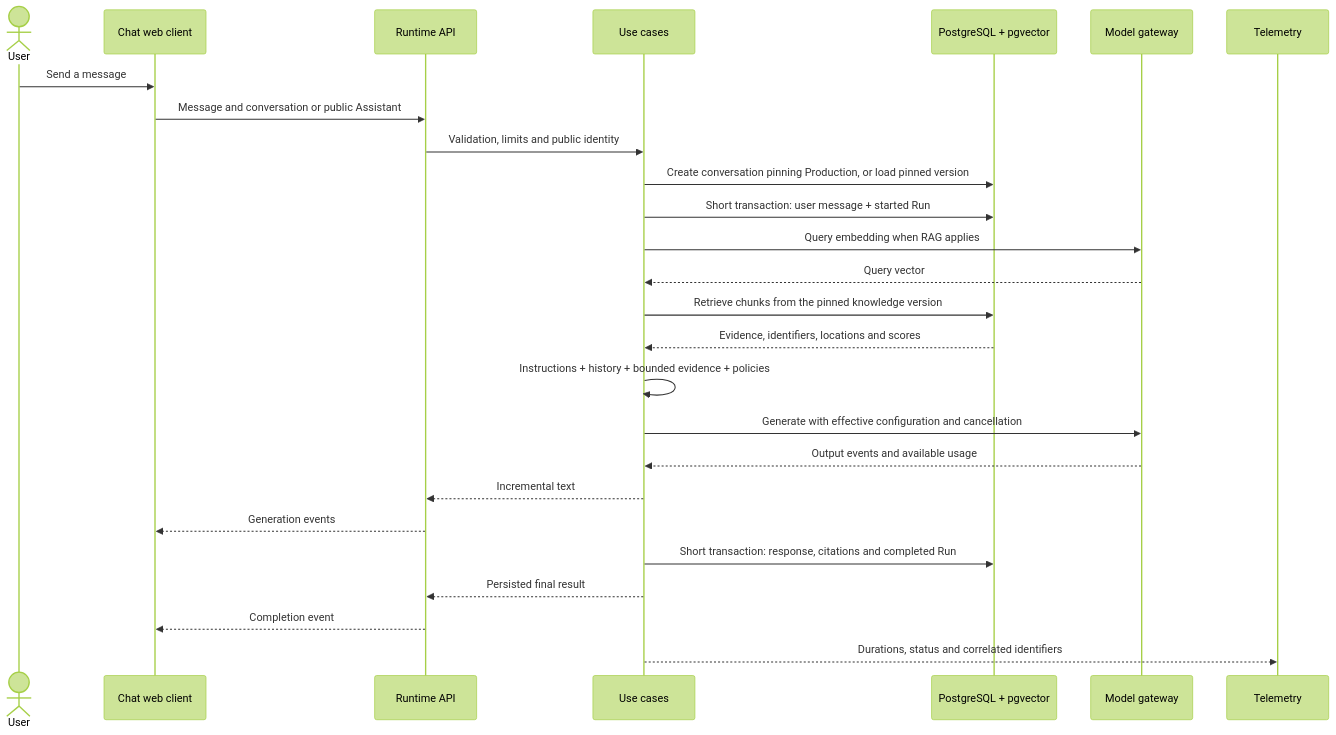
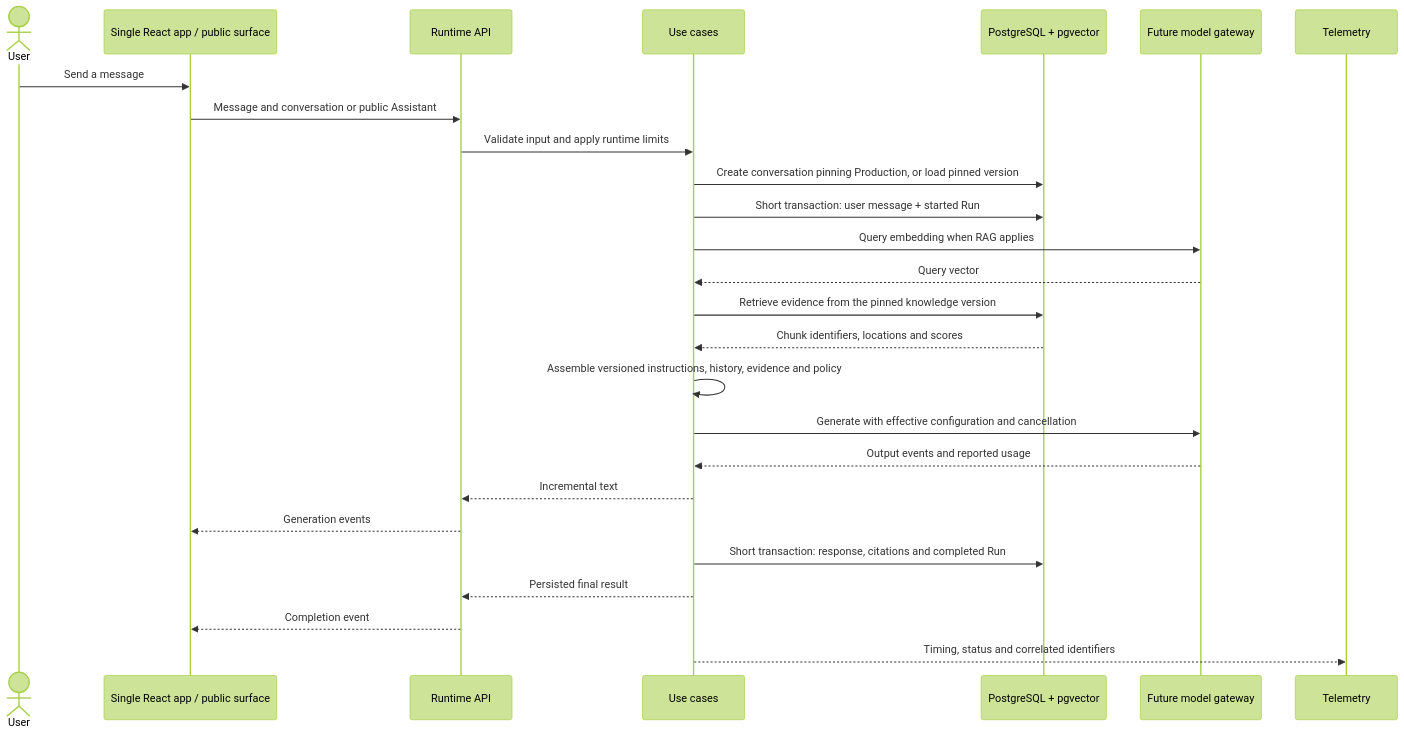
One commit to FelipeGarcia911/deepseek-chat changed the third of 3 diagrams in docs/architecture.md. Above: the diagram before and after it, drawn with Mermaid (forest theme). The commit also changed other lines of this file and 29 other files, not shown here.

````diff
--- a/docs/architecture.md
+++ b/docs/architecture.md
@@ -171,28 +158,28 @@
 ```mermaid
 sequenceDiagram
     actor User as User
-    participant Web as Chat web client
+    participant Web as Single React app / public surface
     participant API as Runtime API
     participant Core as Use cases
     participant DB as PostgreSQL + pgvector
-    participant Models as Model gateway
+    participant Models as Future model gateway
     participant OTel as Telemetry
     User->>Web: Send a message
     Web->>API: Message and conversation or public Assistant
-    API->>Core: Validation, limits and public identity
+    API->>Core: Validate input and apply runtime limits
     Core->>DB: Create conversation pinning Production, or load pinned version
     Core->>DB: Short transaction: user message + started Run
     Core->>Models: Query embedding when RAG applies
     Models-->>Core: Query vector
-    Core->>DB: Retrieve chunks from the pinned knowledge version
-    DB-->>Core: Evidence, identifiers, locations and scores
-    Core->>Core: Instructions + history + bounded evidence + policies
+    Core->>DB: Retrieve evidence from the pinned knowledge version
+    DB-->>Core: Chunk identifiers, locations and scores
+    Core->>Core: Assemble versioned instructions, history, evidence and policy
     Core->>Models: Generate with effective configuration and cancellation
-    Models-->>Core: Output events and available usage
+    Models-->>Core: Output events and reported usage
     Core-->>API: Incremental text
     API-->>Web: Generation events
     Core->>DB: Short transaction: response, citations and completed Run
     Core-->>API: Persisted final result
     API-->>Web: Completion event
-    Core-->>OTel: Durations, status and correlated identifiers
+    Core-->>OTel: Timing, status and correlated identifiers
 ```
````
